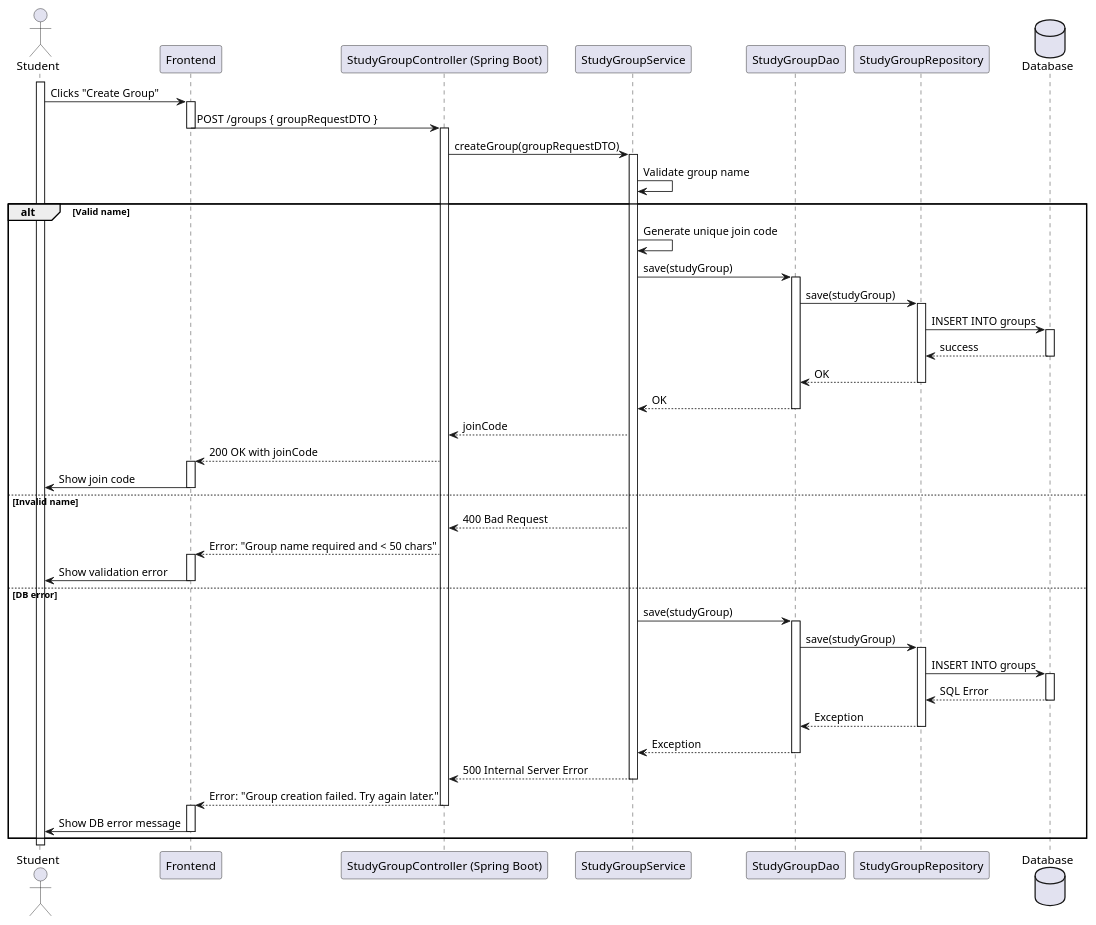
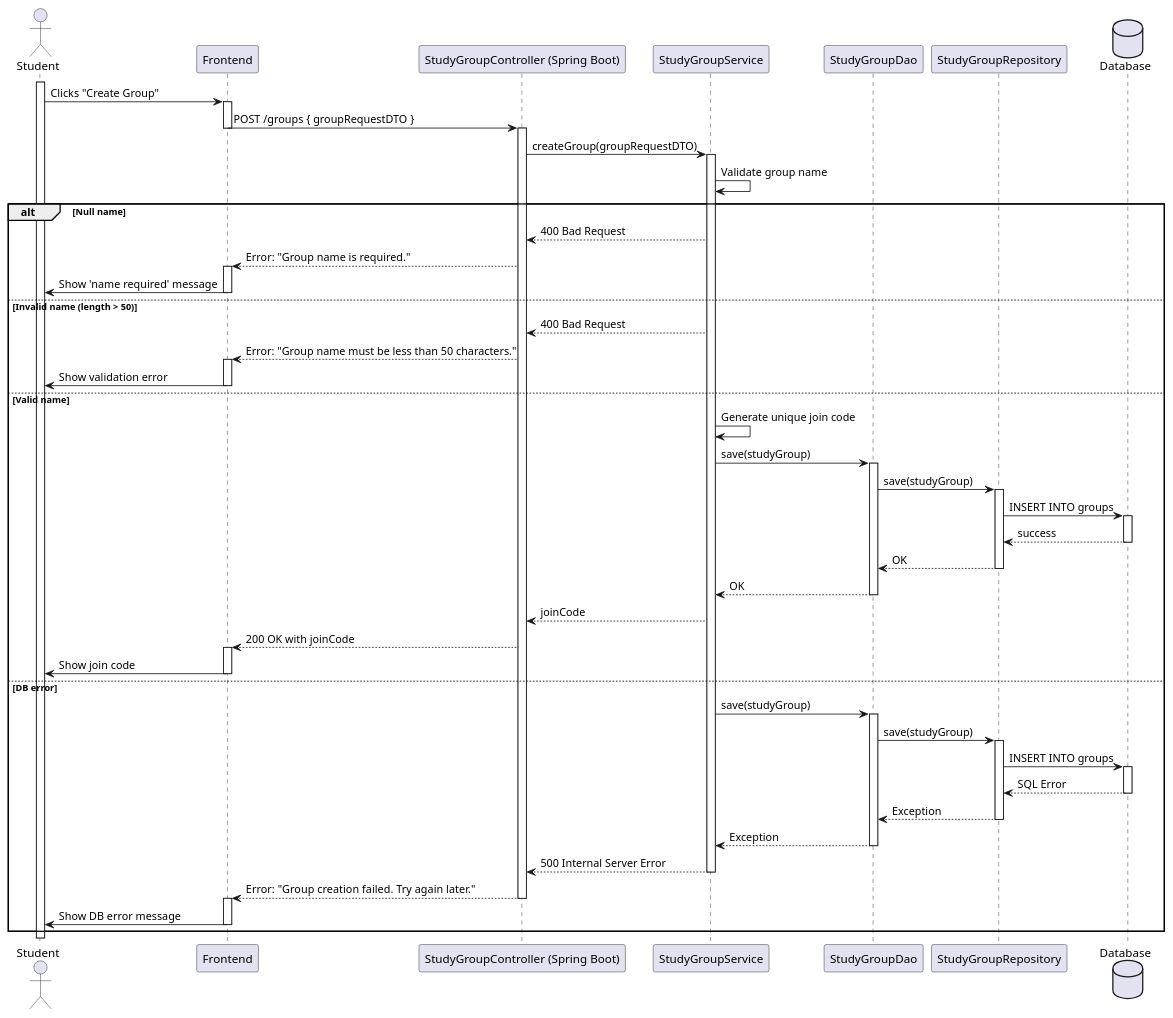
One commit to keerati5003/PlanMate-Diagram changed the diagram in sequence/p2/create-group.puml. Above: the diagram before and after it, drawn with PlantUML. The commit also changed 2 other files, not shown here.

```diff
--- a/sequence/p2/create-group.puml
+++ b/sequence/p2/create-group.puml
@@ -1,82 +1,88 @@
 @startuml
 actor Student
 participant "Frontend" as FE
 participant "StudyGroupController (Spring Boot)" as C
 participant "StudyGroupService" as S
 participant "StudyGroupDao" as D
 participant "StudyGroupRepository" as R
 database "Database" as DB
 
 activate Student
 Student -> FE : Clicks "Create Group"
 activate FE
 
 FE -> C : POST /groups { groupRequestDTO }
 deactivate FE
 activate C
 
 C -> S : createGroup(groupRequestDTO)
 activate S
 
 S -> S : Validate group name
-alt Valid name
+alt Null name
+    S --> C : 400 Bad Request
+    C --> FE : Error: "Group name is required."
+    activate FE
+    FE -> Student : Show 'name required' message
+    deactivate FE
+else Invalid name (length > 50)
+    S --> C : 400 Bad Request
+    C --> FE : Error: "Group name must be less than 50 characters."
+    activate FE
+    FE -> Student : Show validation error
+    deactivate FE
+else Valid name
     S -> S : Generate unique join code
 
     S -> D : save(studyGroup)
     activate D
 
     D -> R : save(studyGroup)
     activate R
 
     R -> DB : INSERT INTO groups
     activate DB
     DB --> R : success
     deactivate DB
 
     R --> D : OK
     deactivate R
 
     D --> S : OK
     deactivate D
 
     S --> C : joinCode
 
     C --> FE : 200 OK with joinCode
     activate FE
     FE -> Student : Show join code
-    deactivate FE
-else Invalid name
-    S --> C : 400 Bad Request
-    C --> FE : Error: "Group name required and < 50 chars"
-    activate FE
-    FE -> Student : Show validation error
     deactivate FE
 else DB error
     S -> D : save(studyGroup)
     activate D
 
     D -> R : save(studyGroup)
     activate R
 
     R -> DB : INSERT INTO groups
     activate DB
     DB --> R : SQL Error
     deactivate DB
 
     R --> D : Exception
     deactivate R
 
     D --> S : Exception
     deactivate D
 
     S --> C : 500 Internal Server Error
     deactivate S
 
     C --> FE : Error: "Group creation failed. Try again later."
     deactivate C
     activate FE
     FE -> Student : Show DB error message
     deactivate FE
 end
 
 @enduml
```
